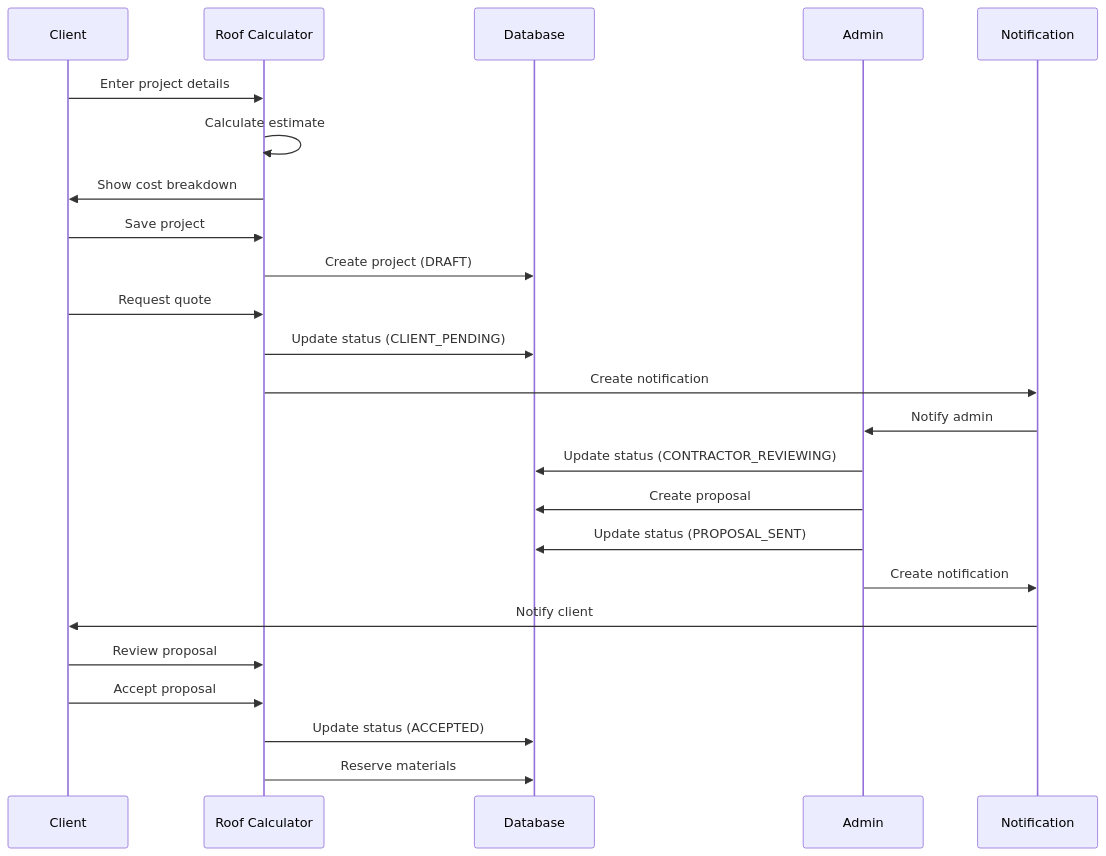
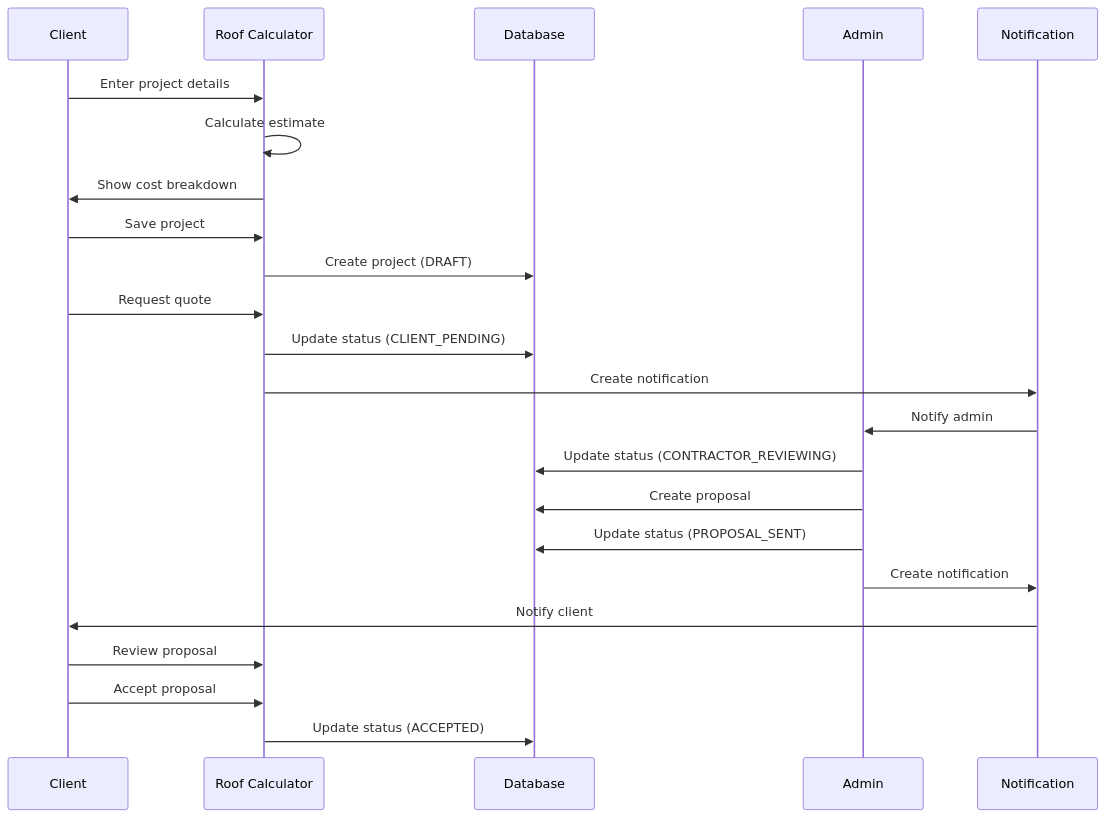
The ninth of 10 diagrams in README.md (Justin322322/roofcal), drawn with Mermaid before and after one commit. The commit also changed other lines of this file and 18 other files, not shown here.

````diff
--- a/README.md
+++ b/README.md
@@ -1038,27 +914,26 @@
 ```mermaid
 sequenceDiagram
     participant C as Client
     participant RC as Roof Calculator
     participant DB as Database
     participant A as Admin
     participant N as Notification
 
     C->>RC: Enter project details
     RC->>RC: Calculate estimate
     RC->>C: Show cost breakdown
     C->>RC: Save project
     RC->>DB: Create project (DRAFT)
     C->>RC: Request quote
     RC->>DB: Update status (CLIENT_PENDING)
     RC->>N: Create notification
     N->>A: Notify admin
     A->>DB: Update status (CONTRACTOR_REVIEWING)
     A->>DB: Create proposal
     A->>DB: Update status (PROPOSAL_SENT)
     A->>N: Create notification
     N->>C: Notify client
     C->>RC: Review proposal
     C->>RC: Accept proposal
     RC->>DB: Update status (ACCEPTED)
-    RC->>DB: Reserve materials
 ```
````
